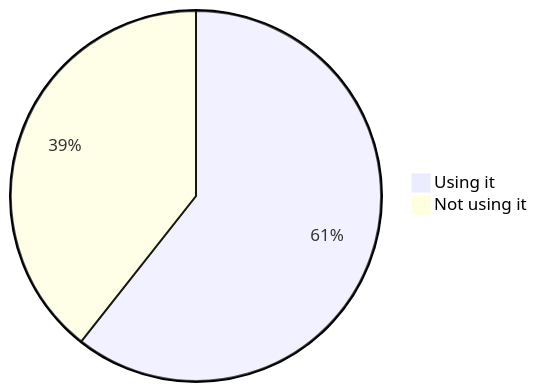
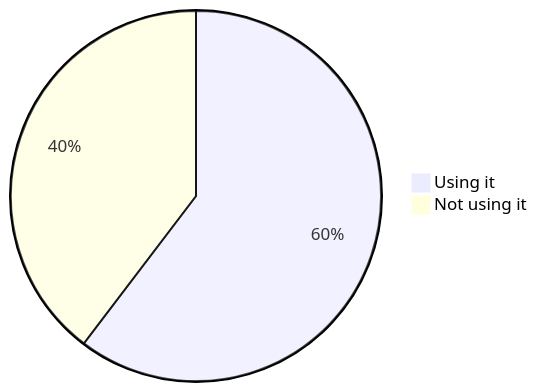
The second of 22 diagrams in stats.md (oshp/oshp-stats), drawn with Mermaid before and after one commit. The commit also changed other lines of this file, not shown here.

````diff
--- a/stats.md
+++ b/stats.md
@@ -22,6 +22,6 @@
 ```mermaid
 pie
-	"Using it" : 60.63
-	"Not using it" : 39.37
+	"Using it" : 60.35
+	"Not using it" : 39.65
 
 ```
````
